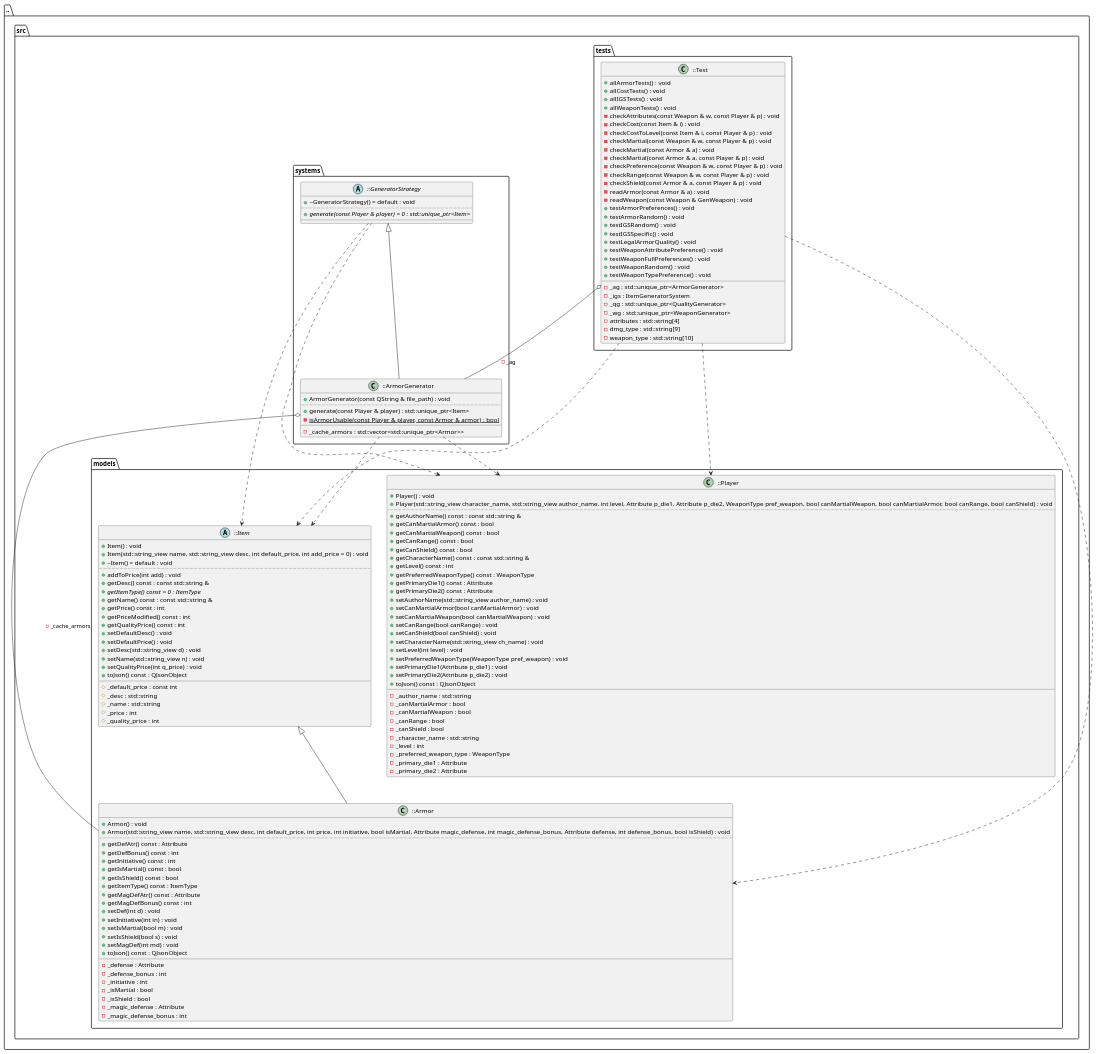
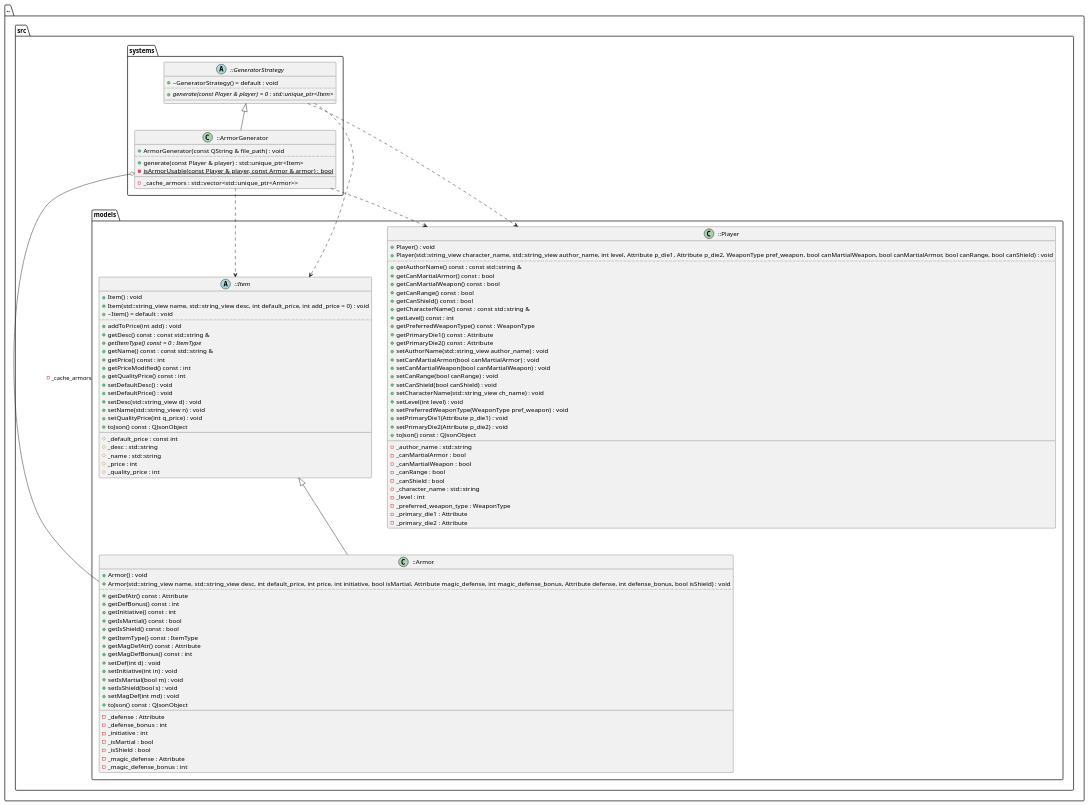
One commit to FasolowySpioch/faubla-ultima-item-generator changed the diagram in docs/diagrams/ArmorGenerator_diagram.puml. Above: the diagram before and after it, drawn with PlantUML. The commit also changed 23 other files, not shown here.

```diff
--- a/docs/diagrams/ArmorGenerator_diagram.puml
+++ b/docs/diagrams/ArmorGenerator_diagram.puml
@@ -1,169 +1,128 @@
 @startuml
 package [..] as C_0016431317663134048372 {
 package [src] as C_0010634688166860467214 {
 package [models] as C_0001626712604113445200 {
 abstract "::Item" as C_0005967165952864249862
 abstract C_0005967165952864249862 {
 +Item() : void
 +Item(std::string_view name, std::string_view desc, int default_price, int add_price = 0) : void
 +~Item() = default : void
 ..
 +addToPrice(int add) : void
 +getDesc() const : const std::string &
 {abstract} +getItemType() const = 0 : ItemType
 +getName() const : const std::string &
 +getPrice() const : int
 +getPriceModified() const : int
 +getQualityPrice() const : int
 +setDefaultDesc() : void
 +setDefaultPrice() : void
 +setDesc(std::string_view d) : void
 +setName(std::string_view n) : void
 +setQualityPrice(int q_price) : void
 +toJson() const : QJsonObject
 __
 #_default_price : const int
 #_desc : std::string
 #_name : std::string
 #_price : int
 #_quality_price : int
 }
 class "::Player" as C_0003692324345213718176
 class C_0003692324345213718176 {
 +Player() : void
 +Player(std::string_view character_name, std::string_view author_name, int level, Attribute p_die1, Attribute p_die2, WeaponType pref_weapon, bool canMartialWeapon, bool canMartialArmor, bool canRange, bool canShield) : void
 ..
 +getAuthorName() const : const std::string &
 +getCanMartialArmor() const : bool
 +getCanMartialWeapon() const : bool
 +getCanRange() const : bool
 +getCanShield() const : bool
 +getCharacterName() const : const std::string &
 +getLevel() const : int
 +getPreferredWeaponType() const : WeaponType
 +getPrimaryDie1() const : Attribute
 +getPrimaryDie2() const : Attribute
 +setAuthorName(std::string_view author_name) : void
 +setCanMartialArmor(bool canMartialArmor) : void
 +setCanMartialWeapon(bool canMartialWeapon) : void
 +setCanRange(bool canRange) : void
 +setCanShield(bool canShield) : void
 +setCharacterName(std::string_view ch_name) : void
 +setLevel(int level) : void
 +setPreferredWeaponType(WeaponType pref_weapon) : void
 +setPrimaryDie1(Attribute p_die1) : void
 +setPrimaryDie2(Attribute p_die2) : void
 +toJson() const : QJsonObject
 __
 -_author_name : std::string
 -_canMartialArmor : bool
 -_canMartialWeapon : bool
 -_canRange : bool
 -_canShield : bool
 -_character_name : std::string
 -_level : int
 -_preferred_weapon_type : WeaponType
 -_primary_die1 : Attribute
 -_primary_die2 : Attribute
 }
 class "::Armor" as C_0017091837617986840564
 class C_0017091837617986840564 {
 +Armor() : void
 +Armor(std::string_view name, std::string_view desc, int default_price, int price, int initiative, bool isMartial, Attribute magic_defense, int magic_defense_bonus, Attribute defense, int defense_bonus, bool isShield) : void
 ..
 +getDefAtr() const : Attribute
 +getDefBonus() const : int
 +getInitiative() const : int
 +getIsMartial() const : bool
 +getIsShield() const : bool
 +getItemType() const : ItemType
 +getMagDefAtr() const : Attribute
 +getMagDefBonus() const : int
 +setDef(int d) : void
 +setInitiative(int in) : void
 +setIsMartial(bool m) : void
 +setIsShield(bool s) : void
 +setMagDef(int md) : void
 +toJson() const : QJsonObject
 __
 -_defense : Attribute
 -_defense_bonus : int
 -_initiative : int
 -_isMartial : bool
 -_isShield : bool
 -_magic_defense : Attribute
 -_magic_defense_bonus : int
 }
 }
 package [systems] as C_0016692703261607978348 {
 abstract "::GeneratorStrategy" as C_0003391557478520177739
 abstract C_0003391557478520177739 {
 +~GeneratorStrategy() = default : void
 ..
 {abstract} +generate(const Player & player) = 0 : std::unique_ptr<Item>
 __
 }
 class "::ArmorGenerator" as C_0005567866987455504025
 class C_0005567866987455504025 {
 +ArmorGenerator(const QString & file_path) : void
 ..
 +generate(const Player & player) : std::unique_ptr<Item>
 {static} -isArmorUsable(const Player & player, const Armor & armor) : bool
 __
 -_cache_armors : std::vector<std::unique_ptr<Armor>>
 }
 }
-package [tests] as C_0009102687024667839383 {
-class "::Test" as C_0002626979548338364165
-class C_0002626979548338364165 {
-+allArmorTests() : void
-+allCostTests() : void
-+allIGSTests() : void
-+allWeaponTests() : void
--checkAttributes(const Weapon & w, const Player & p) : void
--checkCost(const Item & i) : void
--checkCostToLevel(const Item & i, const Player & p) : void
--checkMartial(const Weapon & w, const Player & p) : void
--checkMartial(const Armor & a) : void
--checkMartial(const Armor & a, const Player & p) : void
--checkPreference(const Weapon & w, const Player & p) : void
--checkRange(const Weapon & w, const Player & p) : void
--checkShield(const Armor & a, const Player & p) : void
--readArmor(const Armor & a) : void
--readWeapon(const Weapon & GenWeapon) : void
-+testArmorPreferences() : void
-+testArmorRandom() : void
-+testIGSRandom() : void
-+testIGSSpecific() : void
-+testLegalArmorQuality() : void
-+testWeaponAttributePreference() : void
-+testWeaponFullPreferences() : void
-+testWeaponRandom() : void
-+testWeaponTypePreference() : void
-__
--_ag : std::unique_ptr<ArmorGenerator>
--_igs : ItemGeneratorSystem
--_qg : std::unique_ptr<QualityGenerator>
--_wg : std::unique_ptr<WeaponGenerator>
--attributes : std::string[4]
--dmg_type : std::string[9]
--weapon_type : std::string[10]
-}
-}
 }
 }
 C_0005967165952864249862 <|-- C_0017091837617986840564
 C_0003391557478520177739 ..> C_0003692324345213718176
 C_0003391557478520177739 ..> C_0005967165952864249862
 C_0005567866987455504025 ..> C_0003692324345213718176
 C_0005567866987455504025 ..> C_0005967165952864249862
 C_0005567866987455504025 o-- C_0017091837617986840564 : -_cache_armors
 C_0003391557478520177739 <|-- C_0005567866987455504025
-C_0002626979548338364165 ..> C_0003692324345213718176
-C_0002626979548338364165 ..> C_0005967165952864249862
-C_0002626979548338364165 ..> C_0017091837617986840564
-C_0002626979548338364165 o-- C_0005567866987455504025 : -_ag
 
 'Generated with clang-uml, version 0.6.2
 'LLVM version clang version 20.1.7 (https://github.com/llvm/llvm-project.git 6146a88f60492b520a36f8f8f3231e15f3cc6082)
 @enduml
```
